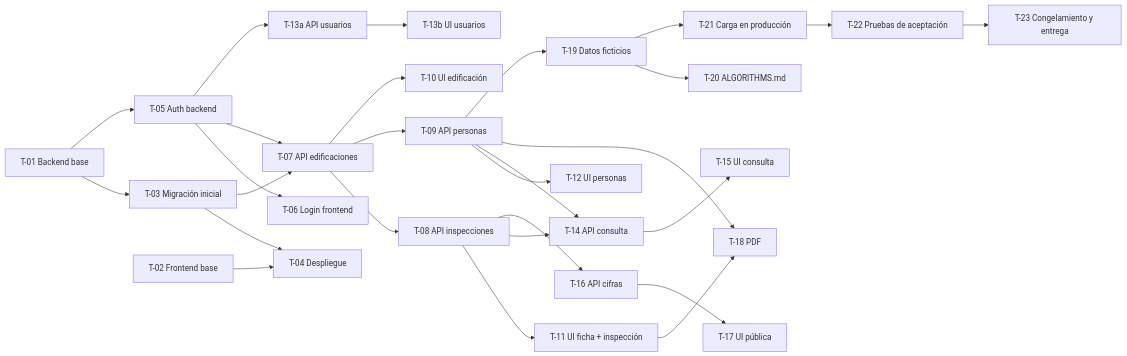
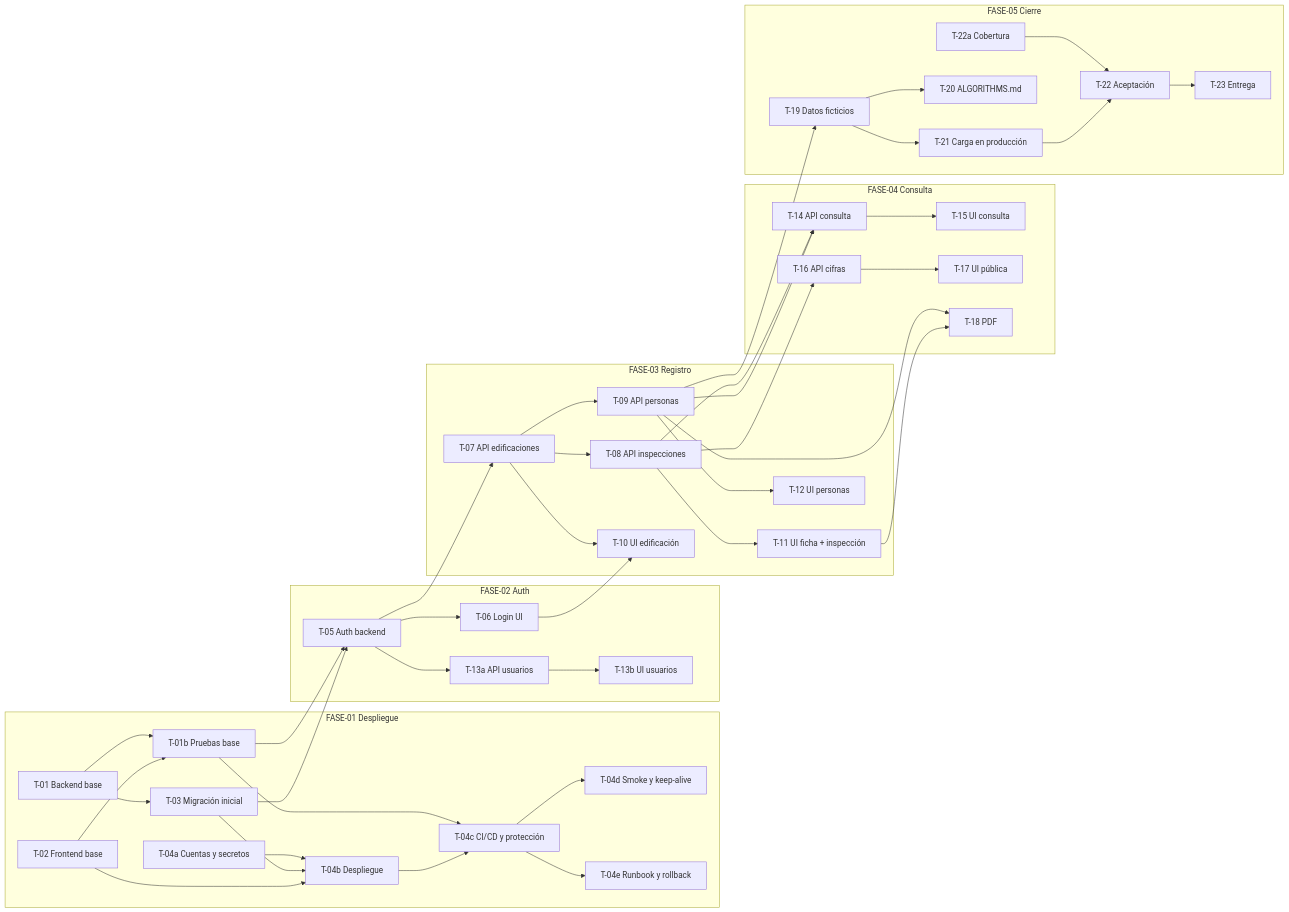
Before and after one commit to kevinvera94/earthquake-damage-registry: the diagram in specs/TASKS.md, drawn with Mermaid. The commit also changed other lines of this file and 12 other files, not shown here.

First line of the commit message:
docs: agrega estrategia de pruebas y fase de configuración del despliegue

````diff
--- a/specs/TASKS.md
+++ b/specs/TASKS.md
@@ -42,29 +45,47 @@
 ```mermaid
 flowchart LR
-  T01[T-01 Backend base] --> T03[T-03 Migración inicial]
-  T01 --> T05[T-05 Auth backend]
-  T03 --> T04[T-04 Despliegue]
-  T02[T-02 Frontend base] --> T04
-  T05 --> T06[T-06 Login frontend]
-  T03 --> T07[T-07 API edificaciones]
+  subgraph F1[FASE-01 Despliegue]
+    T01[T-01 Backend base] --> T01b[T-01b Pruebas base]
+    T02[T-02 Frontend base] --> T01b
+    T01 --> T03[T-03 Migración inicial]
+    T04a[T-04a Cuentas y secretos] --> T04b[T-04b Despliegue]
+    T03 --> T04b
+    T02 --> T04b
+    T01b --> T04c[T-04c CI/CD y protección]
+    T04b --> T04c
+    T04c --> T04d[T-04d Smoke y keep-alive]
+    T04c --> T04e[T-04e Runbook y rollback]
+  end
+  subgraph F2[FASE-02 Auth]
+    T05[T-05 Auth backend] --> T06[T-06 Login UI]
+    T05 --> T13a[T-13a API usuarios] --> T13b[T-13b UI usuarios]
+  end
+  subgraph F3[FASE-03 Registro]
+    T07[T-07 API edificaciones] --> T08[T-08 API inspecciones]
+    T07 --> T09[T-09 API personas]
+    T07 --> T10[T-10 UI edificación]
+    T08 --> T11[T-11 UI ficha + inspección]
+    T09 --> T12[T-12 UI personas]
+  end
+  subgraph F4[FASE-04 Consulta]
+    T14[T-14 API consulta] --> T15[T-15 UI consulta]
+    T16[T-16 API cifras] --> T17[T-17 UI pública]
+    T18[T-18 PDF]
+  end
+  subgraph F5[FASE-05 Cierre]
+    T19[T-19 Datos ficticios] --> T21[T-21 Carga en producción]
+    T19 --> T20[T-20 ALGORITHMS.md]
+    T22a[T-22a Cobertura] --> T22[T-22 Aceptación]
+    T21 --> T22 --> T23[T-23 Entrega]
+  end
+  T01b --> T05
+  T03 --> T05
   T05 --> T07
-  T07 --> T08[T-08 API inspecciones]
-  T07 --> T09[T-09 API personas]
-  T05 --> T13a[T-13a API usuarios]
-  T07 --> T10[T-10 UI edificación]
-  T08 --> T11[T-11 UI ficha + inspección]
-  T09 --> T12[T-12 UI personas]
-  T13a --> T13b[T-13b UI usuarios]
-  T08 --> T14[T-14 API consulta]
+  T06 --> T10
+  T08 --> T14
   T09 --> T14
-  T14 --> T15[T-15 UI consulta]
-  T08 --> T16[T-16 API cifras]
-  T16 --> T17[T-17 UI pública]
-  T11 --> T18[T-18 PDF]
+  T08 --> T16
   T09 --> T18
-  T09 --> T19[T-19 Datos ficticios]
-  T19 --> T20[T-20 ALGORITHMS.md]
-  T19 --> T21[T-21 Carga en producción]
-  T21 --> T22[T-22 Pruebas de aceptación]
-  T22 --> T23[T-23 Congelamiento y entrega]
+  T11 --> T18
+  T09 --> T19
 ```
````
